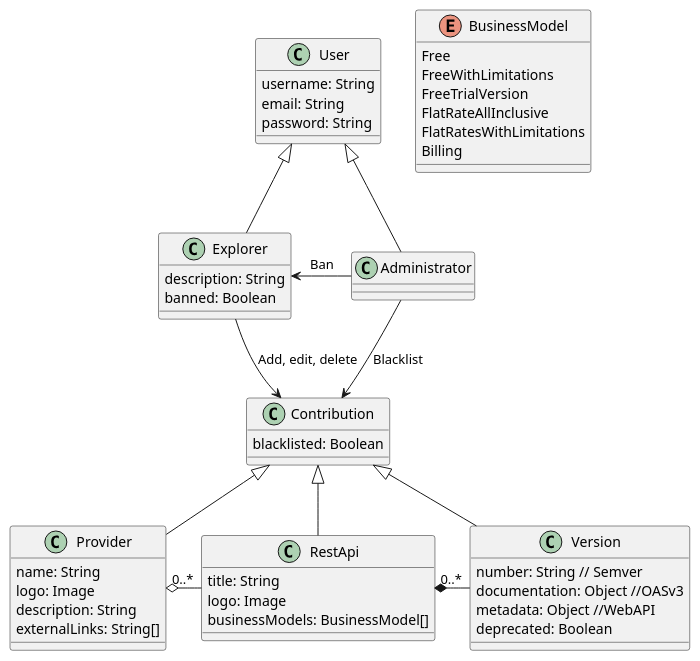
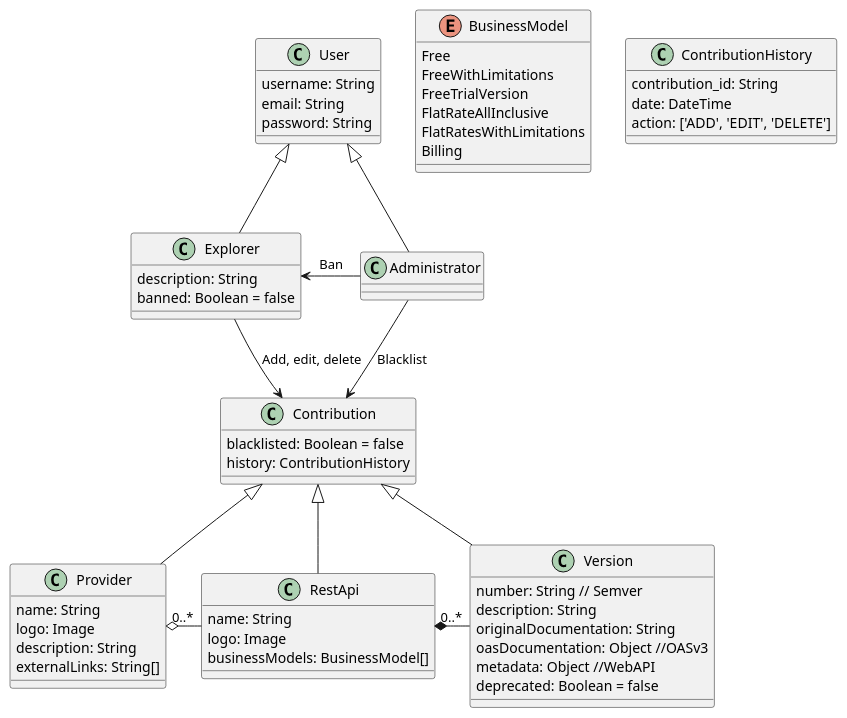
Before and after one commit to tonen100/TFM_API_RepositorioServiciosWebEnriquecidos: the diagram in doc/dc.plantuml, drawn with PlantUML. The commit also changed 5 other files, not shown here.

```diff
--- a/doc/dc.plantuml
+++ b/doc/dc.plantuml
@@ -1,60 +1,69 @@
 @startuml "DC APIs Repositorio"
 enum BusinessModel {
     Free
     FreeWithLimitations
     FreeTrialVersion
     FlatRateAllInclusive
     FlatRatesWithLimitations
     Billing
 }
 
 class Provider {
     name: String
     logo: Image
     description: String
     externalLinks: String[]
 }
 
 class RestApi {
-   title: String
+   name: String
    logo: Image
    businessModels: BusinessModel[]
 }
 
 class Version {
     number: String // Semver
-    documentation: Object //OASv3
+    description: String
+    originalDocumentation: String
+    oasDocumentation: Object //OASv3
     metadata: Object //WebAPI
-    deprecated: Boolean
+    deprecated: Boolean = false
 }
 
 class User {
     username: String
     email: String
     password: String
 }
 
 class Explorer {
     description: String
-    banned: Boolean
+    banned: Boolean = false
 }
 
 class Administrator {
 
 }
 
+class ContributionHistory {
+    contribution_id: String
+    date: DateTime
+    action: ['ADD', 'EDIT', 'DELETE']
+}
+
 class Contribution {
-    blacklisted: Boolean
+    blacklisted: Boolean = false
+    history: ContributionHistory
 }
 
 RestApi *-right- "0..*" Version
 Provider o-right- "0..*" RestApi
 User <|-- Administrator
 User <|-- Explorer
 Administrator --> Contribution: Blacklist
 Administrator -left-> Explorer: Ban
 Explorer --> Contribution: Add, edit, delete
 Contribution <|-- Provider
 Contribution <|-- RestApi
 Contribution <|-- Version
 @enduml
```
